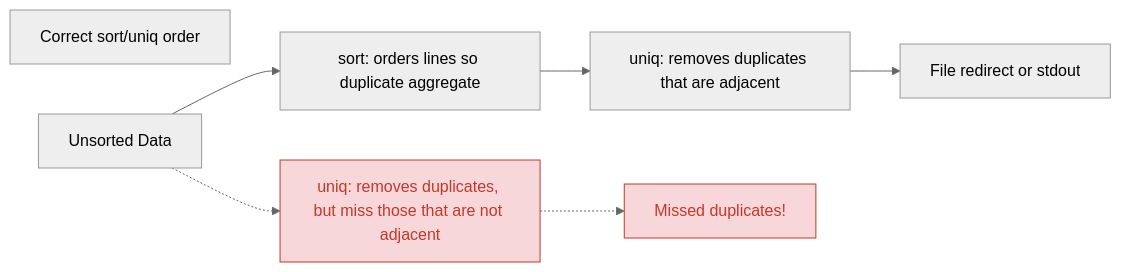
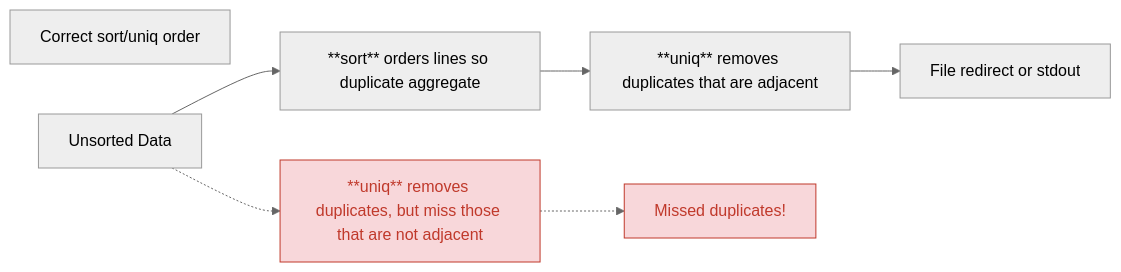
One commit to n2bin-GU/BIO511-2026 changed the diagram in practicals/Practicals - CLI/PRACTICAL_WORKSPACE_MANAGEMENT.qmd. Above: the diagram before and after it, drawn with Mermaid (neutral theme). The commit also changed 8 other files, not shown here.

````diff
--- a/practicals/Practicals - CLI/PRACTICAL_WORKSPACE_MANAGEMENT.qmd
+++ b/practicals/Practicals - CLI/PRACTICAL_WORKSPACE_MANAGEMENT.qmd
@@ -145,16 +145,16 @@
 ```{mermaid}
 flowchart LR
     title["Correct sort/uniq order"]
-    In["Unsorted Data"] --> A["sort: orders lines so duplicate aggregate"] 
-    B["uniq: removes duplicates that are adjacent"] 
+    In["Unsorted Data"] --> A["**sort** orders lines so duplicate aggregate"] 
+    B["**uniq** removes duplicates that are adjacent"] 
     C["File redirect or stdout"]
-    D["uniq: removes duplicates, but miss those that are not adjacent"]
+    D["**uniq** removes duplicates, but miss those that are not adjacent"]
     E["Missed duplicates!"]
     A --> B
     B --> C
     In -.-> D
     D -.-> E
 
     classDef wrong fill:#f8d7da,stroke:#c0392b,color:#c0392b;
     class D,E wrong;    
 ```
````
